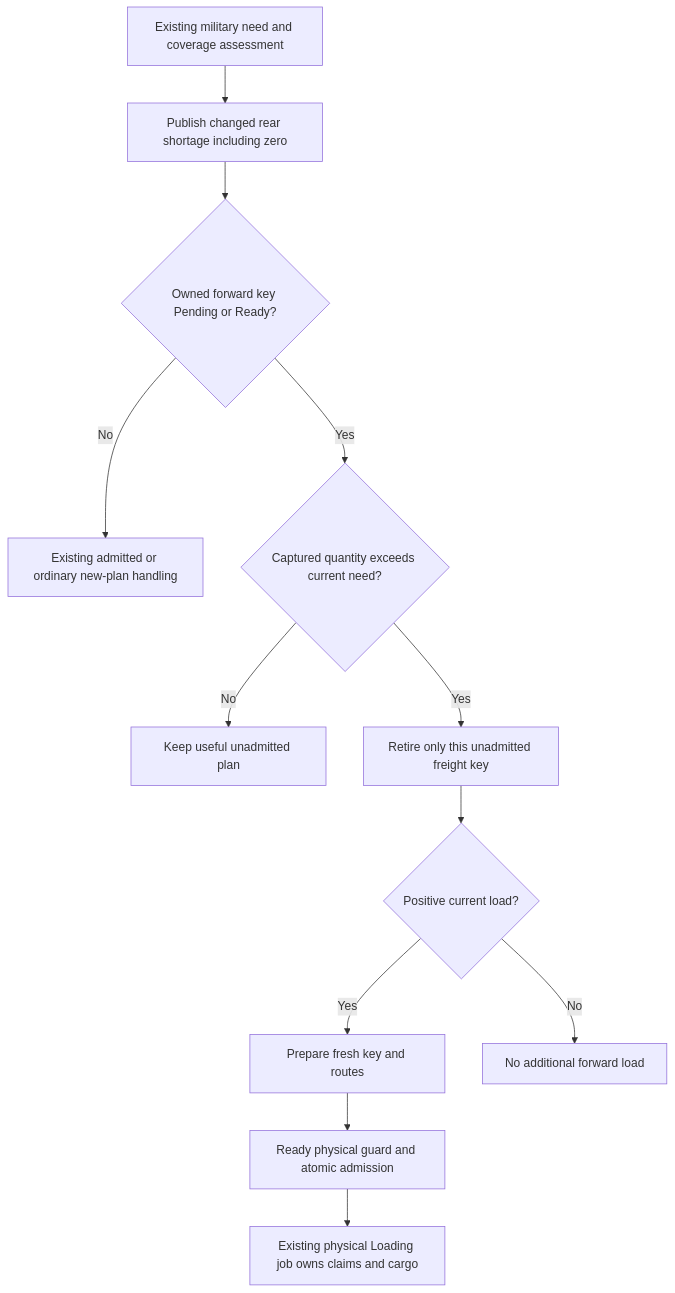
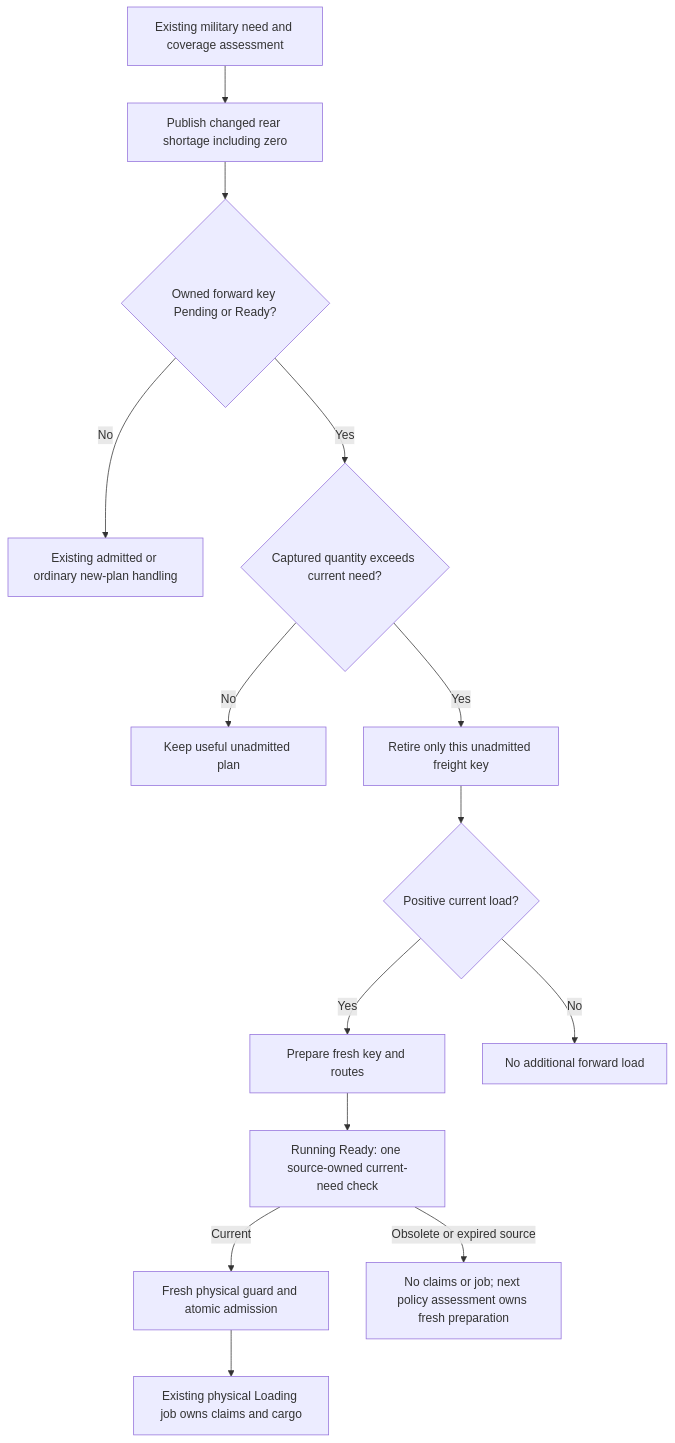
Before and after one commit to TheInfinityIQ/Trencho_V4: the diagram in docs/diagrams/current_forward_freight_demand.mmd, drawn with Mermaid. The commit also changed 1 other file, not shown here.

Commit message:
Define once-per-admission forward need freshness guard

```diff
--- a/docs/diagrams/current_forward_freight_demand.mmd
+++ b/docs/diagrams/current_forward_freight_demand.mmd
@@ -1,12 +1,14 @@
 flowchart TD
   Assess[Existing military need and coverage assessment] --> Publish[Publish changed rear shortage including zero]
   Publish --> Pending{Owned forward key Pending or Ready?}
   Pending -->|No| Existing[Existing admitted or ordinary new-plan handling]
   Pending -->|Yes| Compare{Captured quantity exceeds current need?}
   Compare -->|No| Preserve[Keep useful unadmitted plan]
   Compare -->|Yes| Retire[Retire only this unadmitted freight key]
   Retire --> Positive{Positive current load?}
   Positive -->|Yes| New[Prepare fresh key and routes]
   Positive -->|No| Quiet[No additional forward load]
-  New --> Ready[Ready physical guard and atomic admission]
+  New --> Guard[Running Ready: one source-owned current-need check]
+  Guard -->|Current| Ready[Fresh physical guard and atomic admission]
+  Guard -->|Obsolete or expired source| Blocked[No claims or job; next policy assessment owns fresh preparation]
   Ready --> Job[Existing physical Loading job owns claims and cargo]
```
